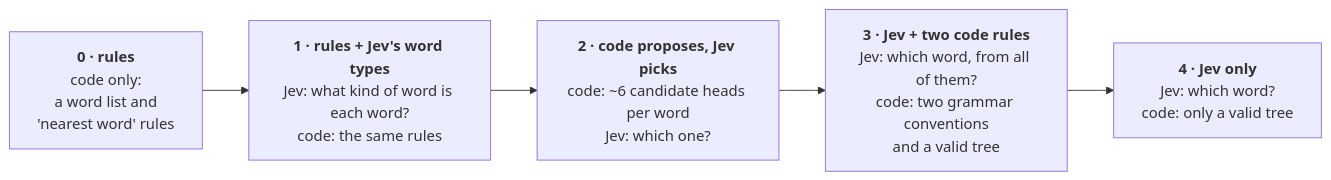
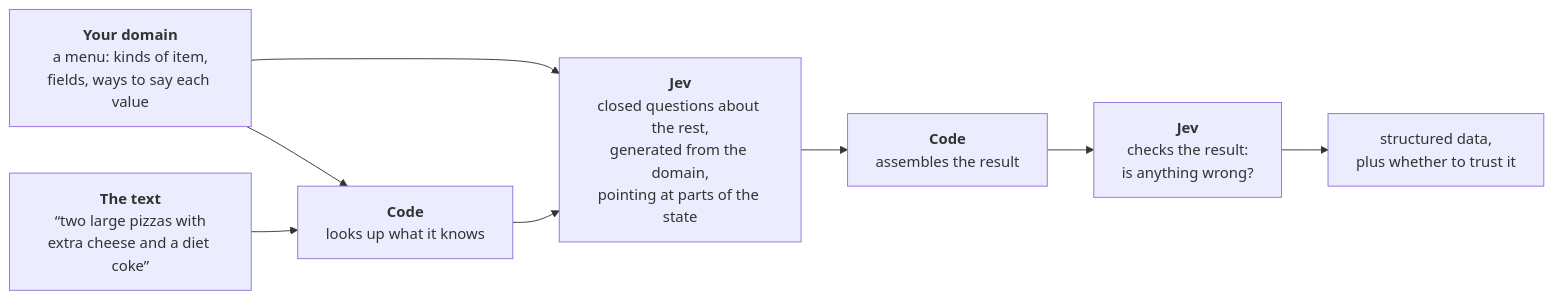
One commit to Engid/question-kit changed the diagram in README.md. Above: the diagram before and after it, drawn with Mermaid. The commit also changed other lines of this file and 127 other files, not shown here.

````diff
--- a/README.md
+++ b/README.md
@@ -101,9 +20,10 @@
 ```mermaid
 flowchart LR
-    R0["<b>0 · rules</b><br/>code only:<br/>a word list and<br/>'nearest word' rules"]
-    R1["<b>1 · rules + Jev's word types</b><br/>Jev: what kind of word is each word?<br/>code: the same rules"]
-    R2["<b>2 · code proposes, Jev picks</b><br/>code: ~6 candidate heads per word<br/>Jev: which one?"]
-    R3["<b>3 · Jev + two code rules</b><br/>Jev: which word, from all of them?<br/>code: two grammar conventions<br/>and a valid tree"]
-    R4["<b>4 · Jev only</b><br/>Jev: which word?<br/>code: only a valid tree"]
-    R0 --> R1 --> R2 --> R3 --> R4
+    D["<b>Your domain</b><br/>a menu: kinds of item,<br/>fields, ways to say each value"] --> C1
+    D --> Q
+    T["<b>The text</b><br/>“two large pizzas with<br/>extra cheese and a diet coke”"] --> C1
+    C1["<b>Code</b><br/>looks up what it knows"] --> Q["<b>Jev</b><br/>closed questions about the rest,<br/>generated from the domain,<br/>pointing at parts of the state"]
+    Q --> C2["<b>Code</b><br/>assembles the result"]
+    C2 --> V["<b>Jev</b><br/>checks the result:<br/>is anything wrong?"]
+    V --> R["structured data,<br/>plus whether to trust it"]
 ```
````
